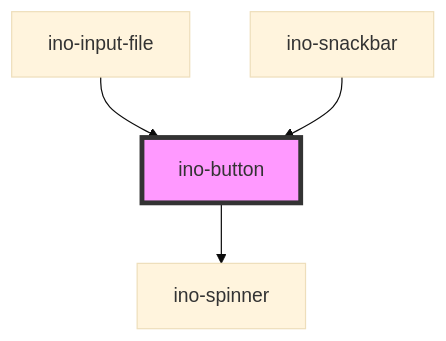
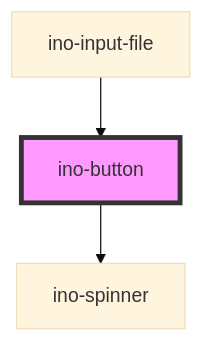
Before and after one commit to inovex/elements: the diagram in packages/elements/src/components/ino-button/readme.md, drawn with Mermaid (base theme). The commit also changed other lines of this file and 8 other files, not shown here.

Commit message:
style(elements|ino-snackbar): update styling

````diff
--- a/packages/elements/src/components/ino-button/readme.md
+++ b/packages/elements/src/components/ino-button/readme.md
@@ -149,7 +148,6 @@
 ```mermaid
 graph TD;
   ino-button --> ino-spinner
   ino-input-file --> ino-button
-  ino-snackbar --> ino-button
   style ino-button fill:#f9f,stroke:#333,stroke-width:4px
 ```
````
